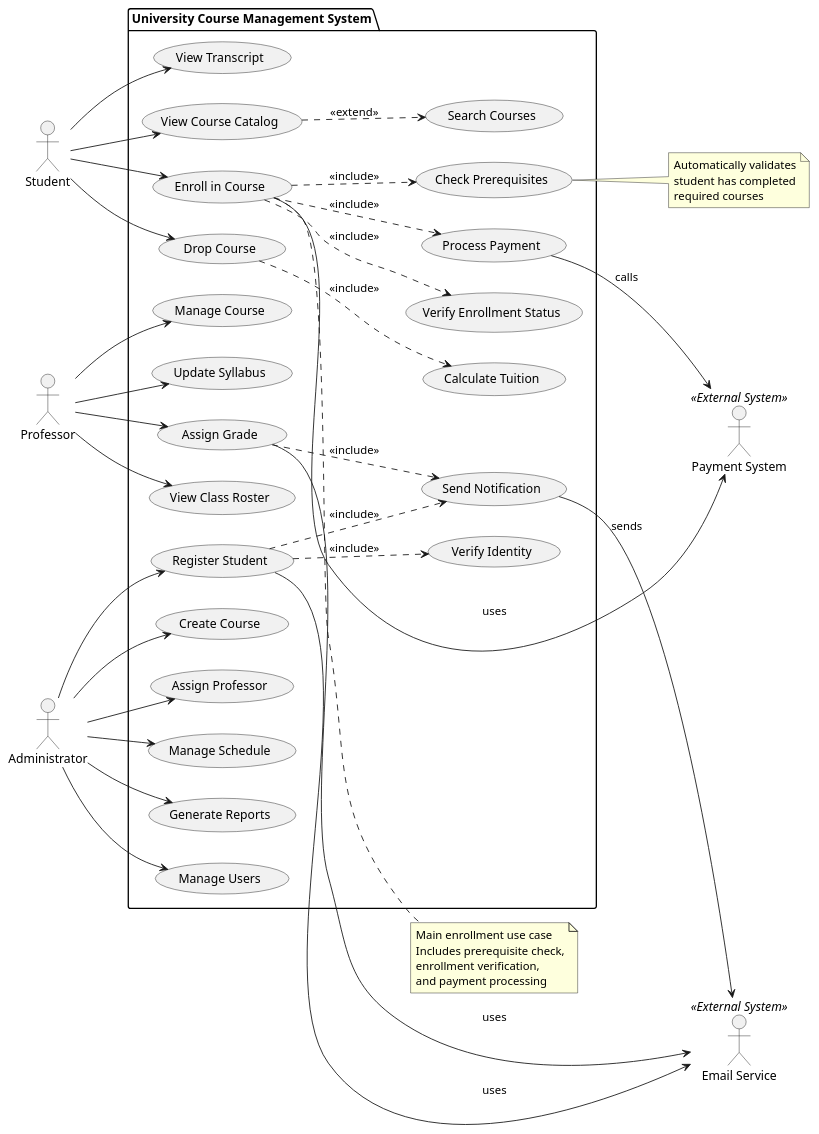
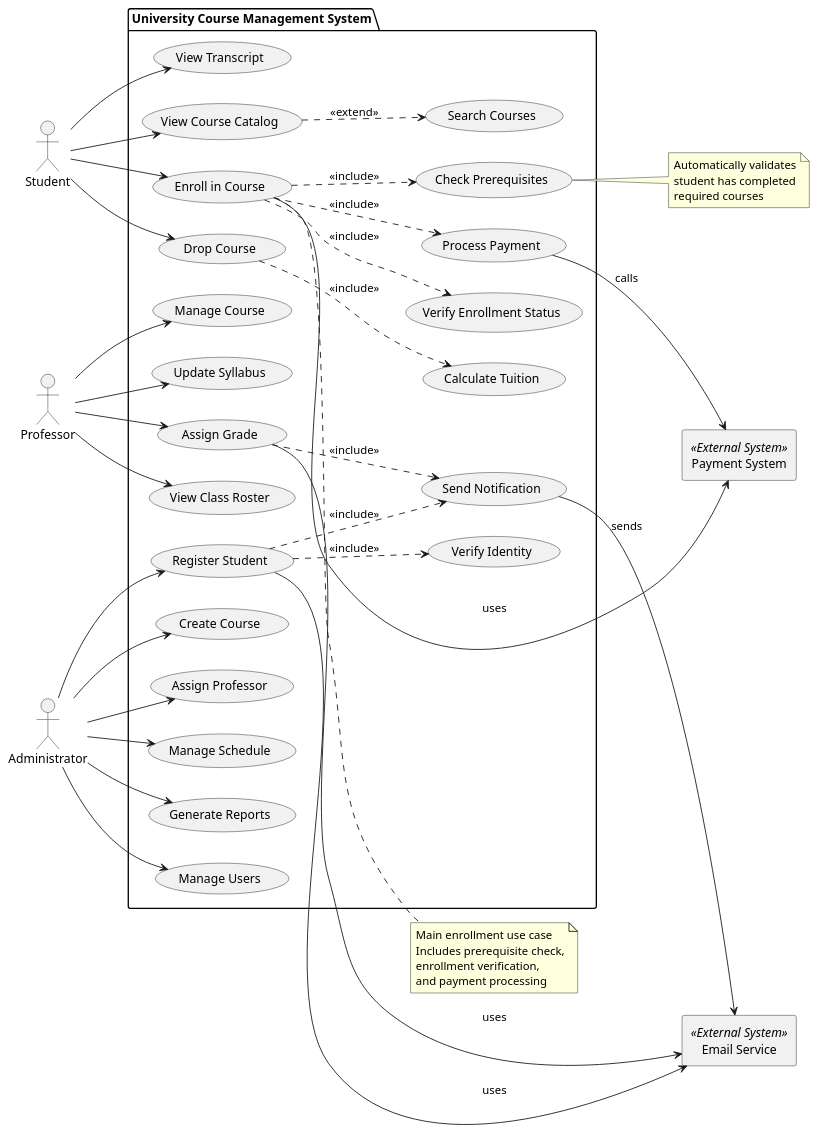
The diagram in lab2/PlantUML.puml (Aligheri/Nechai_labs), drawn with PlantUML before and after one commit.

Commit message:
Change external systems to rectangles in use case diagram

```diff
--- a/lab2/PlantUML.puml
+++ b/lab2/PlantUML.puml
@@ -1,89 +1,89 @@
 @startuml University_UseCase_Diagram
 
 left to right direction
 
 actor "Student" as student
 actor "Professor" as professor
 actor "Administrator" as admin
-actor "Payment System" as payment << External System >>
-actor "Email Service" as email << External System >>
+rectangle "Payment System" as payment << External System >>
+rectangle "Email Service" as email << External System >>
 
 package "University Course Management System" {
 
     usecase "Register Student" as UC1
     usecase "Enroll in Course" as UC2
     usecase "Drop Course" as UC3
     usecase "View Transcript" as UC4
     usecase "View Course Catalog" as UC5
     usecase "Search Courses" as UC6
     usecase "Check Prerequisites" as UC7
 
     usecase "Assign Grade" as UC8
     usecase "View Class Roster" as UC9
     usecase "Manage Course" as UC10
     usecase "Update Syllabus" as UC11
 
     usecase "Create Course" as UC12
     usecase "Assign Professor" as UC13
     usecase "Manage Schedule" as UC14
     usecase "Generate Reports" as UC15
     usecase "Manage Users" as UC16
     usecase "Verify Identity" as UC17
 
     usecase "Process Payment" as UC18
     usecase "Send Notification" as UC19
     usecase "Calculate Tuition" as UC20
     usecase "Verify Enrollment Status" as UC21
 }
 
 student --> UC2
 student --> UC3
 student --> UC4
 student --> UC5
 
 professor --> UC8
 professor --> UC9
 professor --> UC10
 professor --> UC11
 
 admin --> UC1
 admin --> UC12
 admin --> UC13
 admin --> UC14
 admin --> UC15
 admin --> UC16
 
 UC2 ..> UC7 : <<include>>
 UC2 ..> UC21 : <<include>>
 UC2 ..> UC18 : <<include>>
 
 UC1 ..> UC17 : <<include>>
 UC1 ..> UC19 : <<include>>
 
 UC3 ..> UC20 : <<include>>
 
 UC8 ..> UC19 : <<include>>
 
 UC5 ..> UC6 : <<extend>>
 
 UC2 --> payment : uses
 UC18 --> payment : calls
 
 UC1 --> email : uses
 UC8 --> email : uses
 UC19 --> email : sends
 
 note right of UC2
   Main enrollment use case
   Includes prerequisite check,
   enrollment verification,
   and payment processing
 end note
 
 note right of UC7
   Automatically validates
   student has completed
   required courses
 end note
 
 @enduml
```
